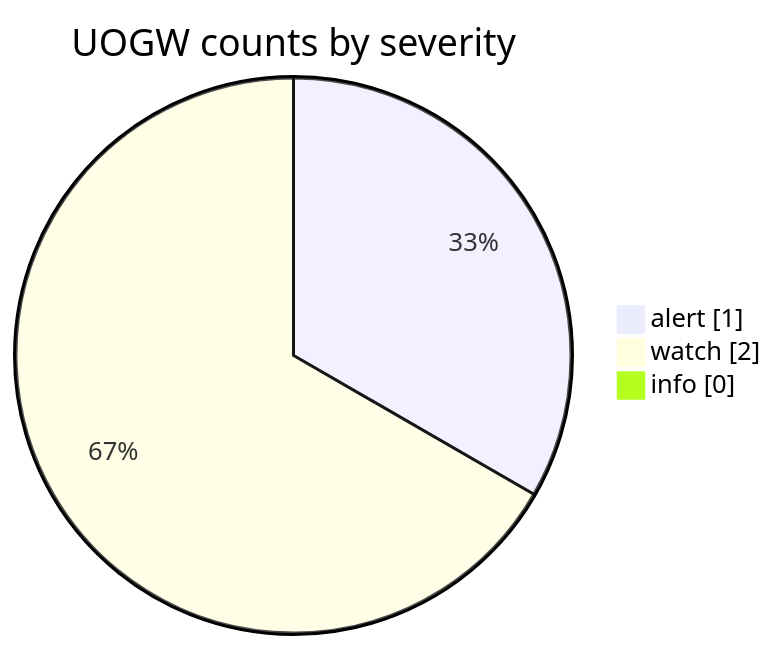
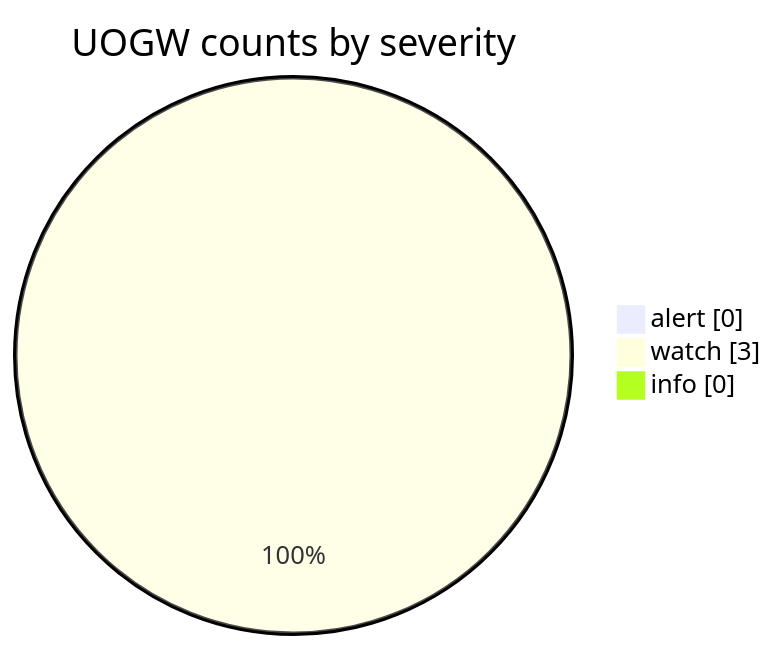
The fourth of 6 diagrams in docs/GRAPHS.md (Midwest-Stratospheric/aerostratospheric-defense-gir), drawn with Mermaid before and after one commit. The commit also changed other lines of this file and 24 other files, not shown here.

````diff
--- a/docs/GRAPHS.md
+++ b/docs/GRAPHS.md
@@ -66,7 +66,7 @@
 ```mermaid
 pie showData
   title UOGW counts by severity
-  "alert" : 1
-  "watch" : 2
+  "alert" : 0
+  "watch" : 3
   "info" : 0
 ```
````
